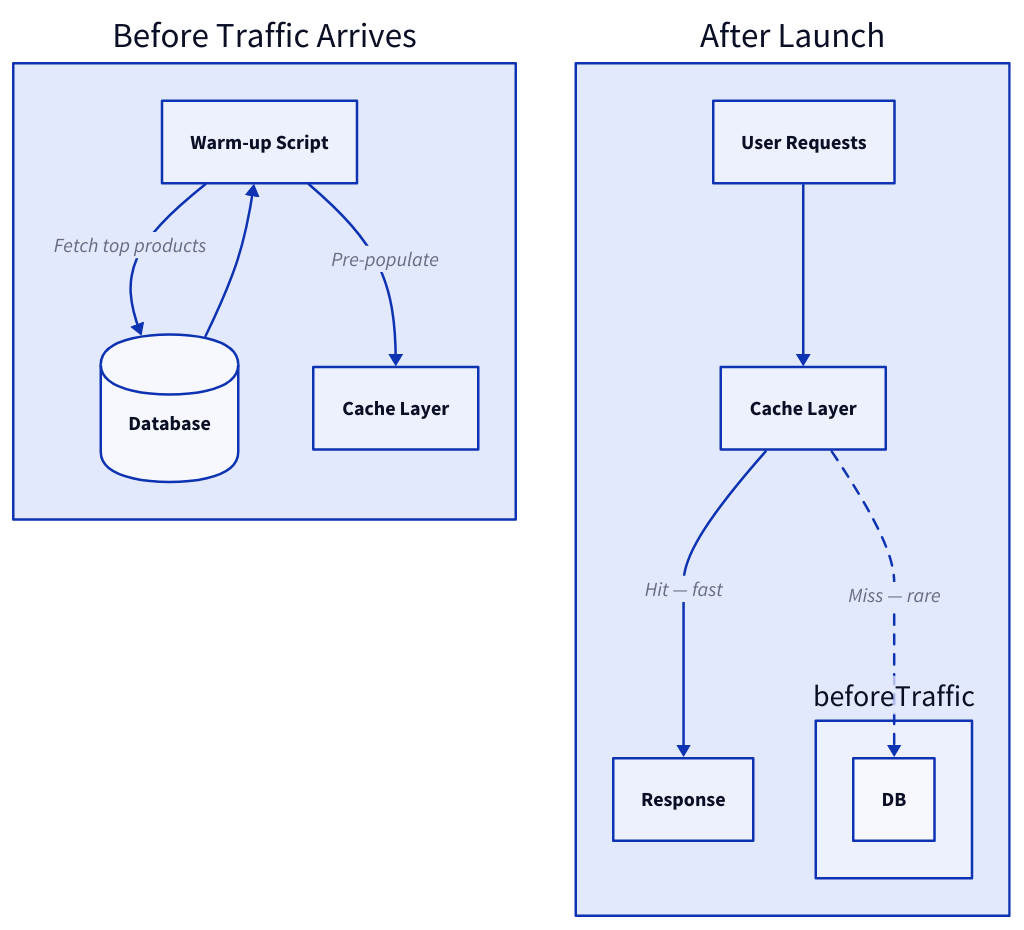
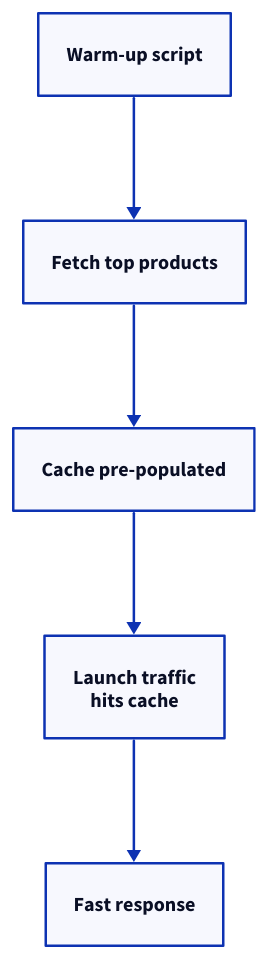
The fourth of 5 diagrams in src/content/blog/caching-strategies.md (g-savitha/gsavitha.in), drawn with D2 before and after one commit. The commit also changed other lines of this file and 11 other files, not shown here.

````diff
--- a/src/content/blog/caching-strategies.md
+++ b/src/content/blog/caching-strategies.md
@@ -346,21 +336,9 @@
 ```d2
 direction: down
-beforeTraffic: "Before Traffic Arrives" {
-  direction: down
-  W: "Warm-up Script"
-  DB: Database {shape: cylinder}
-  C: "Cache Layer"
-  W -> DB: "Fetch top products"
-  DB -> W
-  W -> C: "Pre-populate"
-}
-afterLaunch: "After Launch" {
-  direction: down
-  U: "User Requests"
-  C: "Cache Layer"
-  R: Response
-  U -> C
-  C -> R: "Hit — fast"
-  C -> beforeTraffic.DB: "Miss — rare" {style.stroke-dash: 4}
-}
+W: "Warm-up script" {class: primary}
+DB: "Fetch top products" {class: secondary}
+C: "Cache pre-populated" {class: success}
+U: "Launch traffic\nhits cache" {class: info}
+R: "Fast response" {class: hit}
+W -> DB -> C -> U -> R
 ```
````
